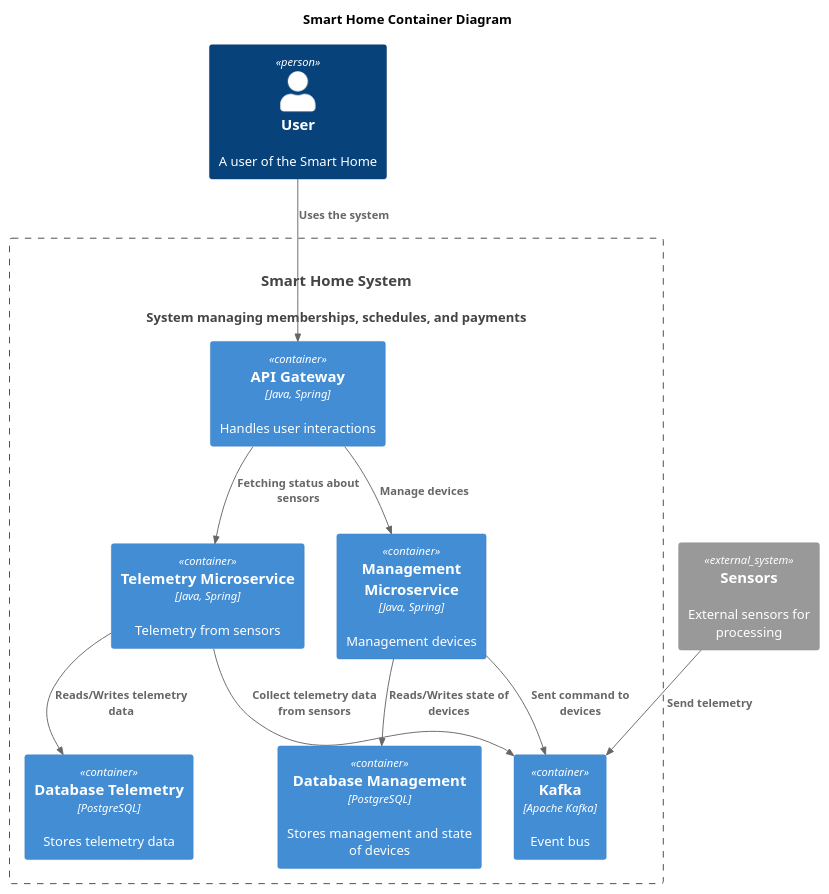
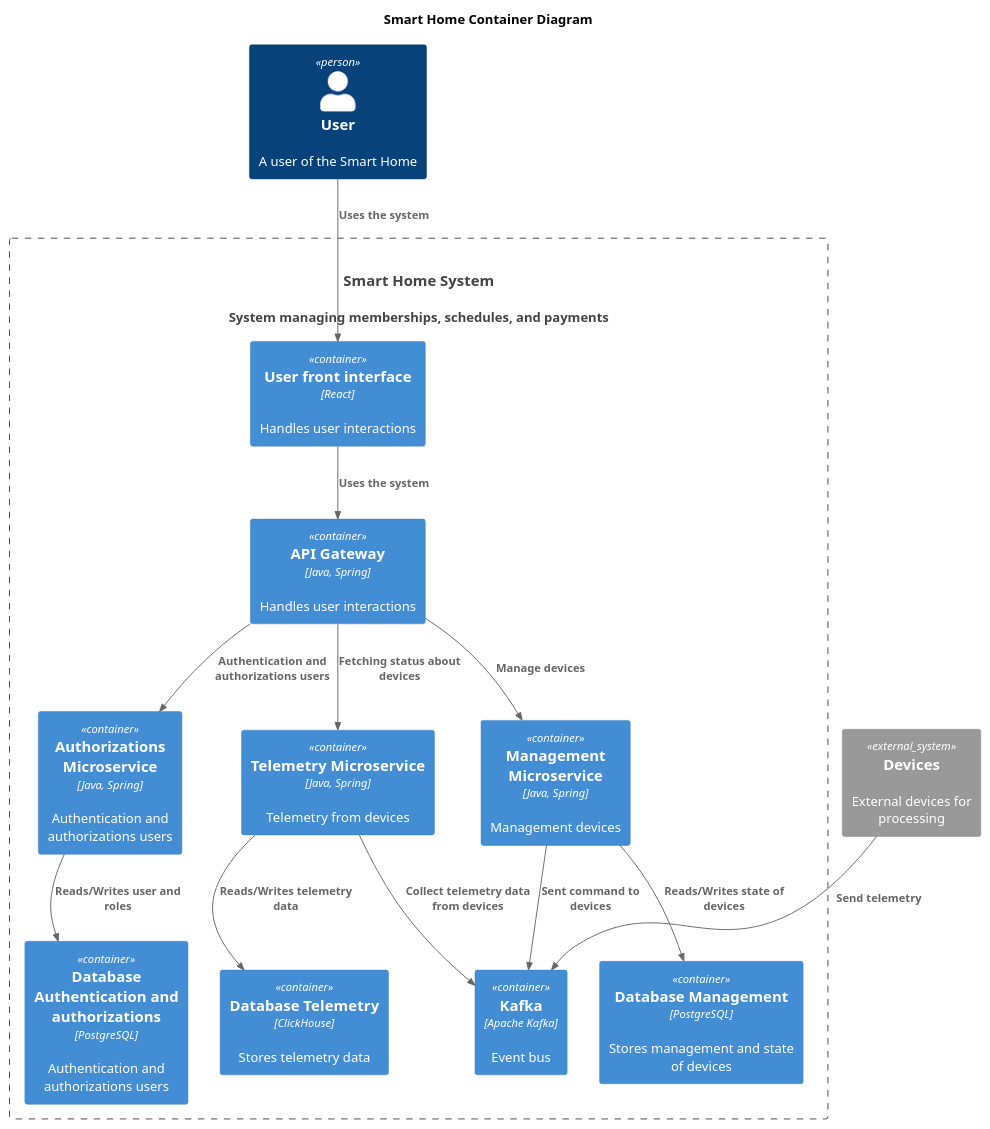
One commit to vskurikhin/architecture-sprint-3 changed the diagram in docs/smart-home-microservices-Container.puml. Above: the diagram before and after it, drawn with PlantUML. The commit also changed 95 other files, not shown here.

```diff
--- a/docs/smart-home-microservices-Container.puml
+++ b/docs/smart-home-microservices-Container.puml
@@ -1,33 +1,39 @@
 @startuml
 !include C4.puml
 !include C4_Context.puml
 !include C4_Container.puml
 !include C4_Component.puml
 
 title Smart Home Container Diagram
 
 top to bottom direction
 
 Person(user, "User", "A user of the Smart Home")
 System(SmartHomeSystem, "Smart Home System", "System managing memberships, schedules, and payments")
 
 Container_Boundary(SmartHomeSystem, "Smart Home System") {
+  Container(UI, "User front interface", "React", "Handles user interactions")
   Container(APIGateway, "API Gateway", "Java, Spring", "Handles user interactions")
+  Container(Auth, "Authorizations Microservice", "Java, Spring", "Authentication and authorizations users")
   Container(Management, "Management Microservice", "Java, Spring", "Management devices")
-  Container(Telemetry, "Telemetry Microservice", "Java, Spring", "Telemetry from sensors")
+  Container(Telemetry, "Telemetry Microservice", "Java, Spring", "Telemetry from devices")
+  Container(DatabaseAuth, "Database Authentication and authorizations", "PostgreSQL", "Authentication and authorizations users")
   Container(DatabaseManagement, "Database Management", "PostgreSQL", "Stores management and state of devices")
-  Container(DatabaseTelemetry, "Database Telemetry", "PostgreSQL", "Stores telemetry data")
+  Container(DatabaseTelemetry, "Database Telemetry", "ClickHouse", "Stores telemetry data")
   Container(Kafka, "Kafka", "Apache Kafka", "Event bus")
 }
 
-System_Ext(sensors, "Sensors", "External sensors for processing")
+System_Ext(devices, "Devices", "External devices for processing")
 
-Rel(user, APIGateway, "Uses the system")
+Rel(user, UI, "Uses the system")
+Rel(UI, APIGateway, "Uses the system")
+Rel(APIGateway,Auth,"Authentication and authorizations users")
 Rel(APIGateway,Management,"Manage devices")
-Rel(APIGateway,Telemetry,"Fetching status about sensors")
+Rel(APIGateway,Telemetry,"Fetching status about devices")
+Rel(Auth,DatabaseAuth,"Reads/Writes user and roles")
 Rel(Management,DatabaseManagement,"Reads/Writes state of devices")
 Rel(Telemetry,DatabaseTelemetry,"Reads/Writes telemetry data")
 Rel(Management,Kafka,"Sent command to devices")
-Rel(Telemetry,Kafka,"Collect telemetry data from sensors")
-Rel(sensors,Kafka,"Send telemetry")
+Rel(Telemetry,Kafka,"Collect telemetry data from devices")
+Rel(devices,Kafka,"Send telemetry")
 @enduml
```
